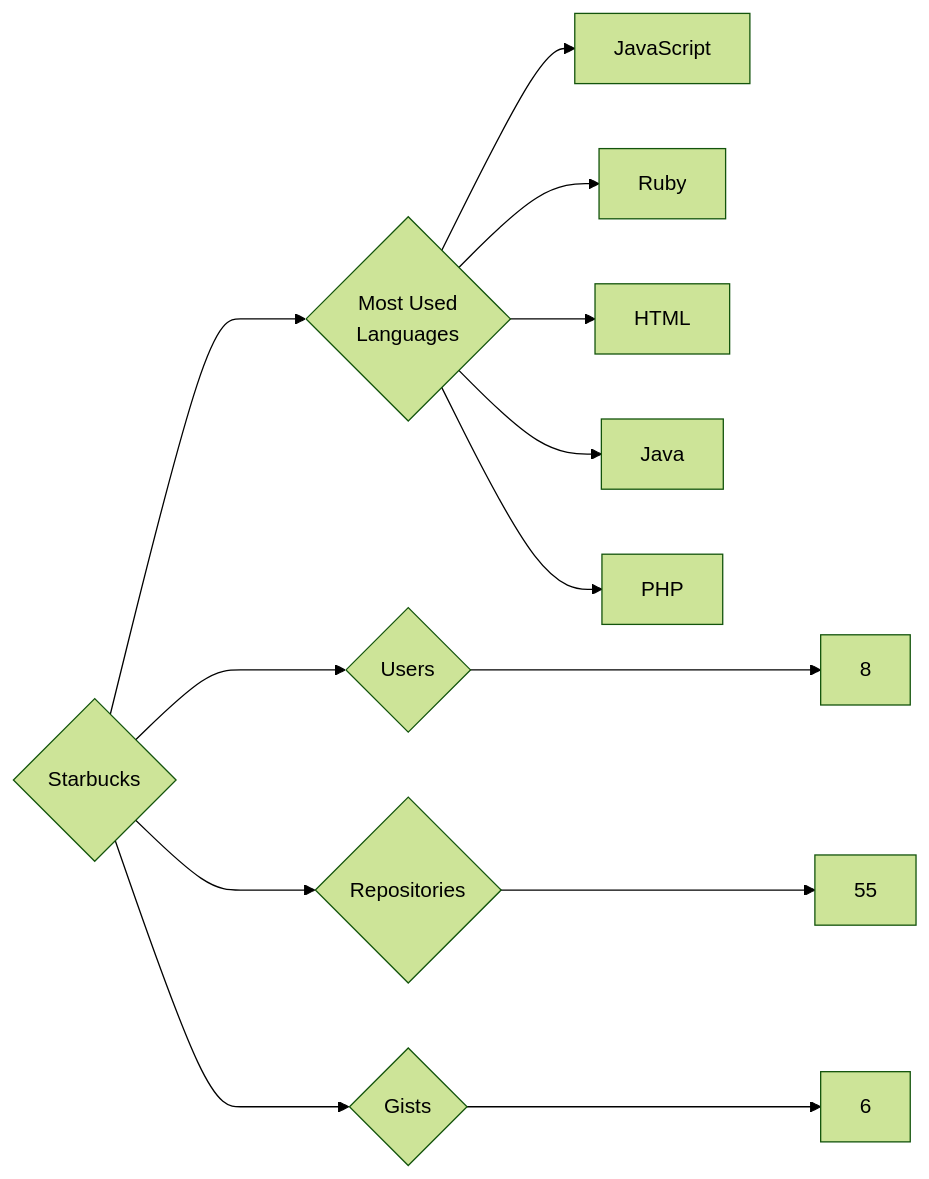
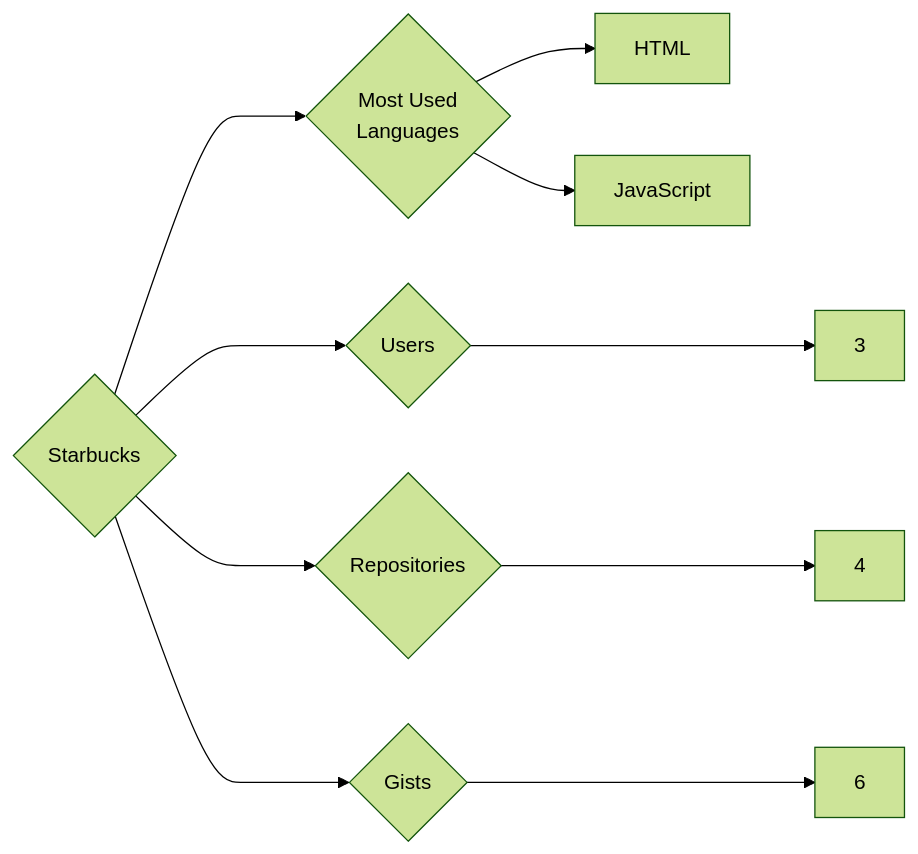
One commit to trickest/insiders changed the diagram in targets/Starbucks/README.md. Above: the diagram before and after it, drawn with Mermaid (forest theme). The commit also changed 823 other files, not shown here.

````diff
--- a/targets/Starbucks/README.md
+++ b/targets/Starbucks/README.md
@@ -3,13 +3,10 @@
 ```mermaid
 graph LR
 COMPANY_NAME{Starbucks}
-COMPANY_NAME ---> U{Users} ---> UN[8]
-COMPANY_NAME ---> R{Repositories} ---> RN[55]
+COMPANY_NAME ---> U{Users} ---> UN[3]
+COMPANY_NAME ---> R{Repositories} ---> RN[4]
 COMPANY_NAME ---> G{Gists} ---> GN[6]
 COMPANY_NAME ---> ML{Most Used<br>Languages}
+ML --> HTML[HTML]
 ML --> JavaScript[JavaScript]
-ML --> Ruby[Ruby]
-ML --> HTML[HTML]
-ML --> Java[Java]
-ML --> PHP[PHP]
 ```
````
